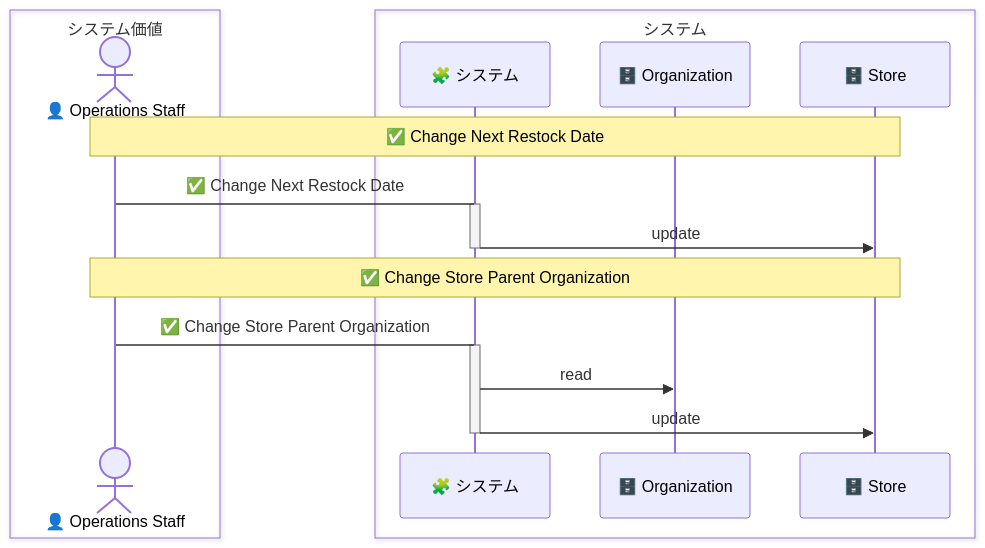
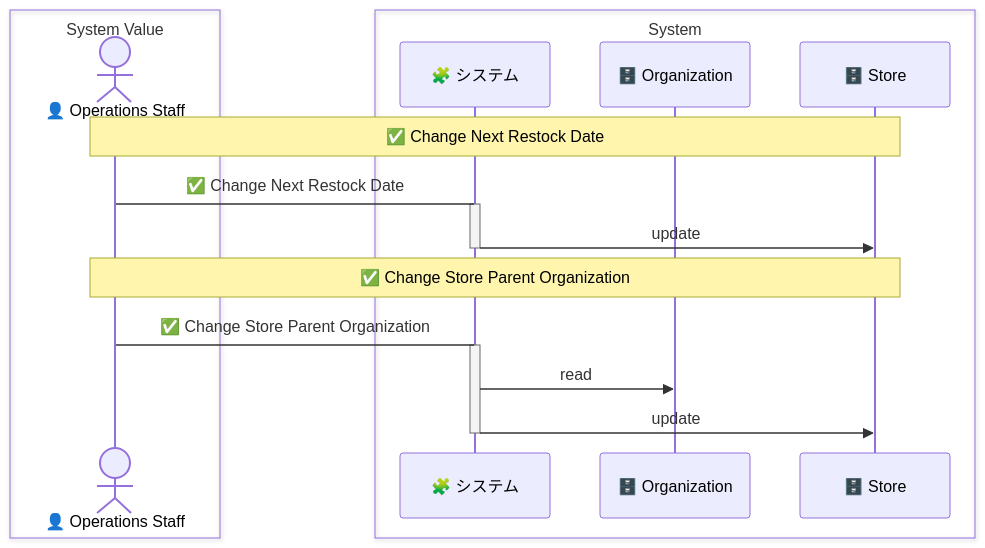
Before and after one commit to manji-0/rdra-ish-dsl: the second of 3 diagrams in samples/incremental-order/step-2-data-touchpoints/design.md, drawn with Mermaid. The commit also changed other lines of this file and 122 other files, not shown here.

Commit message:
feat: align diagram layers

````diff
--- a/samples/incremental-order/step-2-data-touchpoints/design.md
+++ b/samples/incremental-order/step-2-data-touchpoints/design.md
@@ -73,24 +86,24 @@
 ```mermaid
 sequenceDiagram
-  box システム価値
+  box System Value
     actor OpsStaff as 👤 Operations Staff
   end
-  box システム
+  box System
     participant System as 🧩 システム
     participant Organization as 🗄️ Organization
     participant Store as 🗄️ Store
   end
 
   Note over OpsStaff,Store: ✅ Change Next Restock Date
   OpsStaff->System: ✅ Change Next Restock Date
   activate System
   System->>Store: update
   deactivate System
 
   Note over OpsStaff,Store: ✅ Change Store Parent Organization
   OpsStaff->System: ✅ Change Store Parent Organization
   activate System
   System->>Organization: read
   System->>Store: update
   deactivate System
 ```
````
